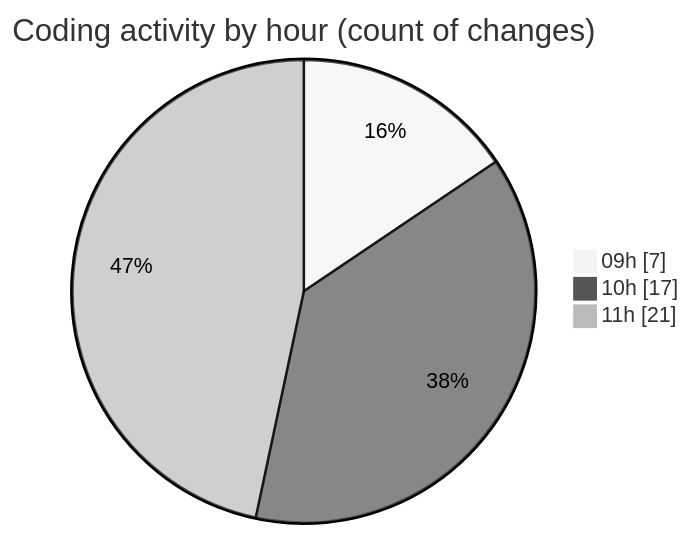
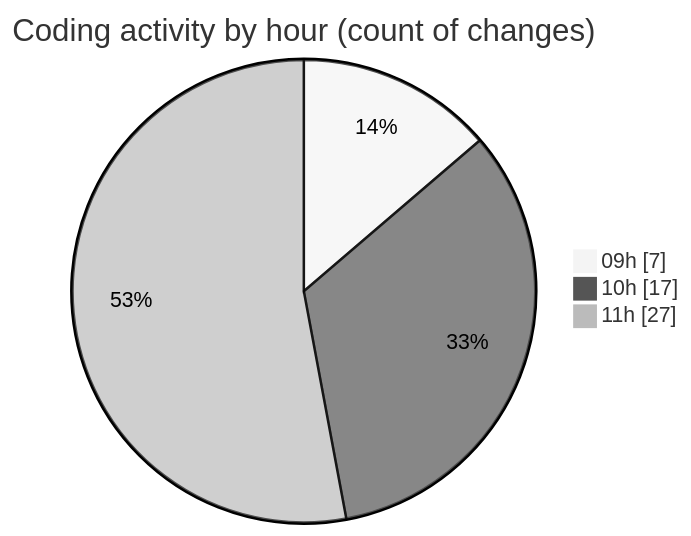
Before and after one commit to momahboobian/code-tracking: the second of 2 diagrams in 2026-07-22/cda/README.md, drawn with Mermaid (neutral theme). The commit also changed other lines of this file and 1 other file, not shown here.

````diff
--- a/2026-07-22/cda/README.md
+++ b/2026-07-22/cda/README.md
@@ -38,7 +40,7 @@
 ```mermaid
 pie showData
 title Coding activity by hour (count of changes)
 "09h" : 7
 "10h" : 17
-"11h" : 21
+"11h" : 27
 ```
````
